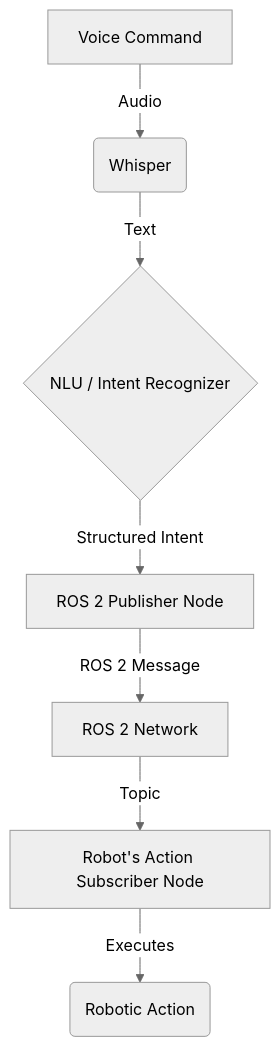
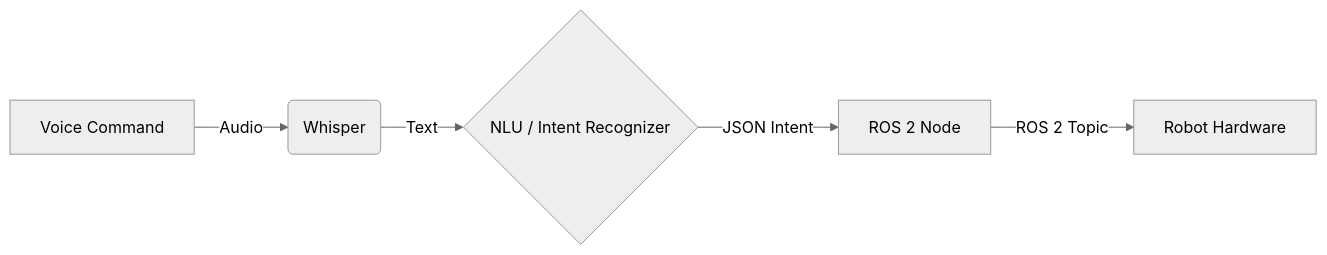
One commit to Muhammad-Annas1/Hackathon-book changed the diagram in docs/module-4-vla/chapter-1-voice-to-action.md. Above: the diagram before and after it, drawn with Mermaid (neutral theme). The commit also changed other lines of this file and 85 other files, not shown here.

````diff
--- a/docs/module-4-vla/chapter-1-voice-to-action.md
+++ b/docs/module-4-vla/chapter-1-voice-to-action.md
@@ -20,9 +21,7 @@
 ```mermaid
-graph TD
-    A[Voice Command] -->|Audio| B(Whisper);
-    B -->|Text| C{NLU / Intent Recognizer};
-    C -->|Structured Intent| D[ROS 2 Publisher Node];
-    D -->|ROS 2 Message| E[ROS 2 Network];
-    E -->|Topic| F[Robot's Action Subscriber Node];
-    F -->|Executes| G(Robotic Action);
+graph LR
+    A[Voice Command] -->|Audio| B(Whisper)
+    B -->|Text| C{NLU / Intent Recognizer}
+    C -->|JSON Intent| D[ROS 2 Node]
+    D -->|ROS 2 Topic| E[Robot Hardware]
 ```
````
